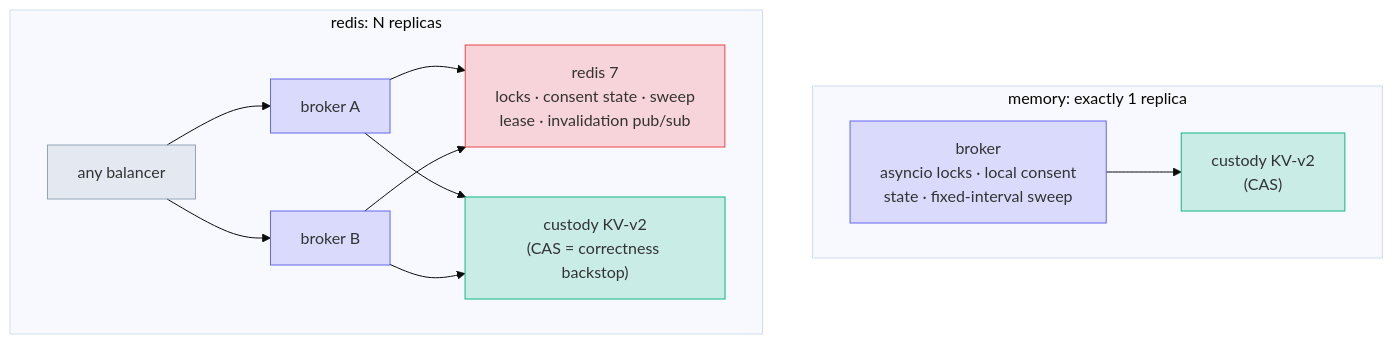
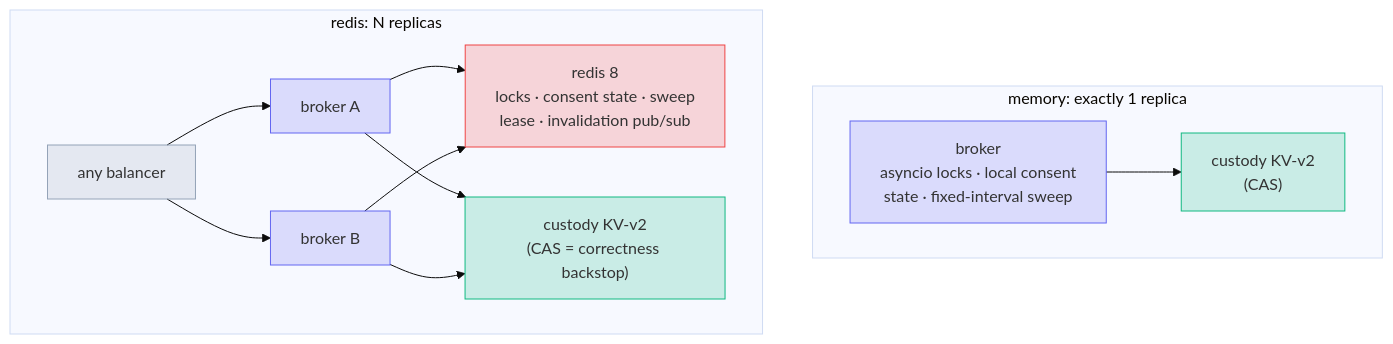
Before and after one commit to chief-builder/vendor-token-broker: the fourth of 4 diagrams in docs/design.md, drawn with Mermaid (base theme). The commit also changed other lines of this file and 8 other files, not shown here.

````diff
--- a/docs/design.md
+++ b/docs/design.md
@@ -883,32 +883,32 @@
 ```mermaid
 flowchart TB
     subgraph mem["memory: exactly 1 replica"]
         direction LR
         B1["broker<br/>asyncio locks · local consent<br/>state · fixed-interval sweep"]
         K1["custody KV-v2<br/>(CAS)"]
         B1 --> K1
     end
     subgraph red["redis: N replicas"]
         direction LR
         LB["any balancer"]
         A2["broker A"]
         B2["broker B"]
-        R2["redis 7<br/>locks · consent state · sweep<br/>lease · invalidation pub/sub"]
+        R2["redis 8<br/>locks · consent state · sweep<br/>lease · invalidation pub/sub"]
         K2["custody KV-v2<br/>(CAS = correctness backstop)"]
         LB --> A2
         LB --> B2
         A2 --> R2
         B2 --> R2
         A2 --> K2
         B2 --> K2
     end
 
     classDef broker fill:#6366f133,stroke:#6366f1
     classDef custody fill:#10b98133,stroke:#10b981
     classDef coord fill:#ef444433,stroke:#ef4444
     classDef neutral fill:#94a3b833,stroke:#94a3b8
     class B1,A2,B2 broker
     class K1,K2 custody
     class R2 coord
     class LB neutral
 ```
````
